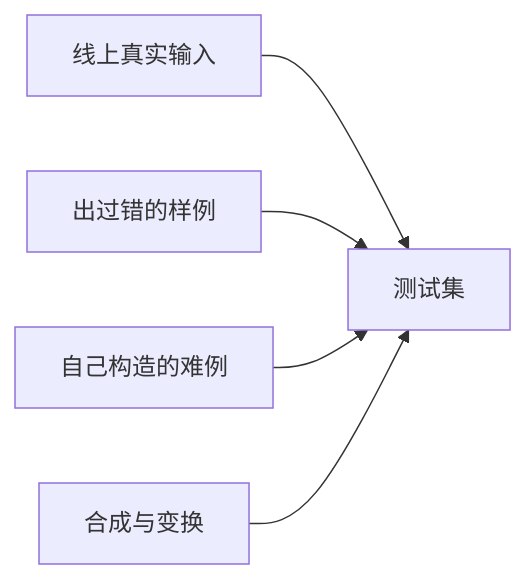
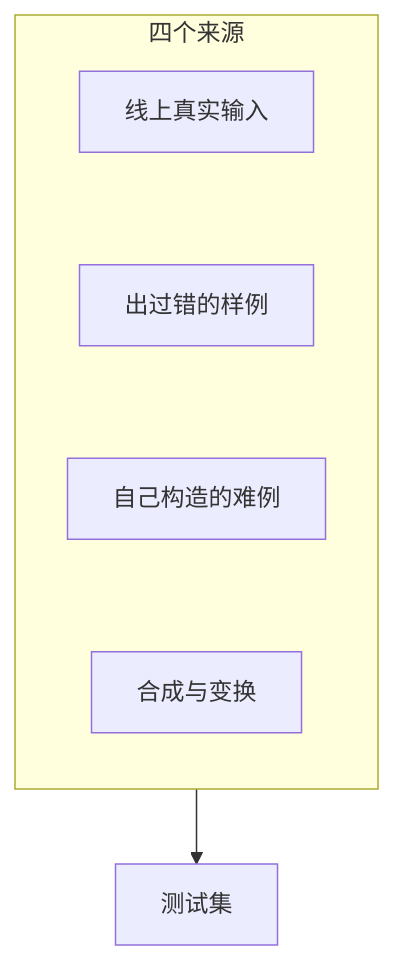
The diagram in books/llm-evals/02-datasets.md (jarvis-pro/hatch-shelf), drawn with Mermaid before and after one commit. The commit also changed 432 other files, not shown here.

````diff
--- a/books/llm-evals/02-datasets.md
+++ b/books/llm-evals/02-datasets.md
@@ -17,7 +17,8 @@
 ```mermaid
-flowchart LR
-  P[线上真实输入] --> D[测试集]
-  F[出过错的样例] --> D
-  H[自己构造的难例] --> D
-  S[合成与变换] --> D
+flowchart TD
+  subgraph SRC["四个来源"]
+    direction TB
+    P[线上真实输入] ~~~ F[出过错的样例] ~~~ H[自己构造的难例] ~~~ S[合成与变换]
+  end
+  SRC --> D[测试集]
 ```
````
